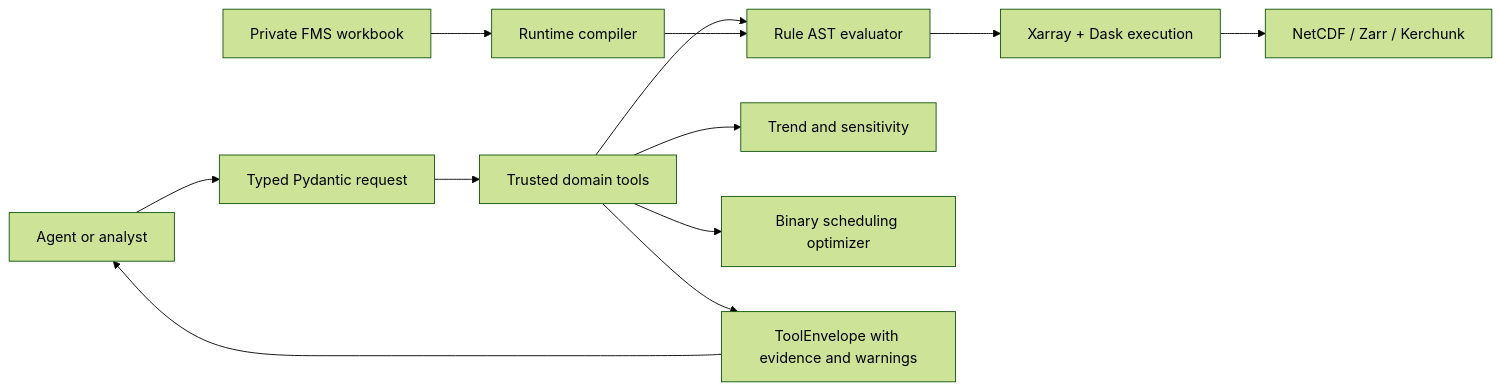
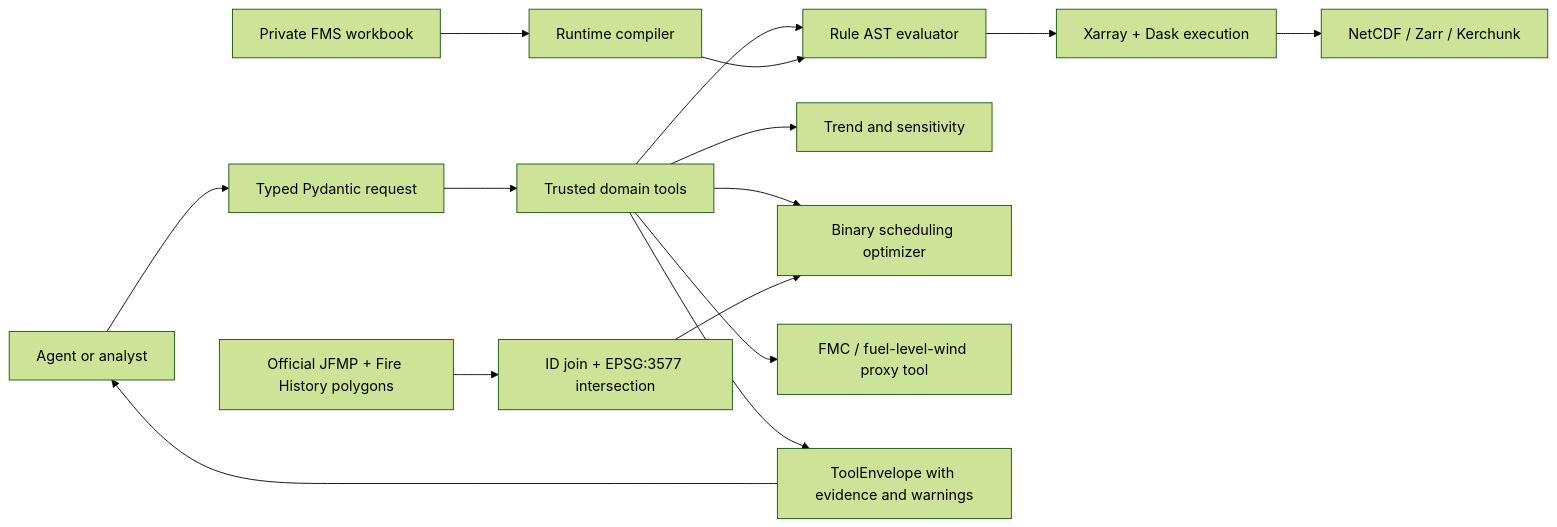
Before and after one commit to larry-liyuanfan/wildfire-burn-window-decision-support: the diagram in docs/architecture.md, drawn with Mermaid (forest theme). The commit also changed other lines of this file and 17 other files, not shown here.

````diff
--- a/docs/architecture.md
+++ b/docs/architecture.md
@@ -5,14 +5,17 @@
 ```mermaid
 flowchart LR
     A["Agent or analyst"] --> B["Typed Pydantic request"]
     B --> C["Trusted domain tools"]
     C --> D["Rule AST evaluator"]
     C --> E["Trend and sensitivity"]
     C --> F["Binary scheduling optimizer"]
+    C --> L["FMC / fuel-level-wind proxy tool"]
+    M["Official JFMP + Fire History polygons"] --> N["ID join + EPSG:3577 intersection"]
+    N --> F
     D --> G["Xarray + Dask execution"]
     G --> H["NetCDF / Zarr / Kerchunk"]
     I["Private FMS workbook"] --> J["Runtime compiler"]
     J --> D
     C --> K["ToolEnvelope with evidence and warnings"]
     K --> A
 ```
````
